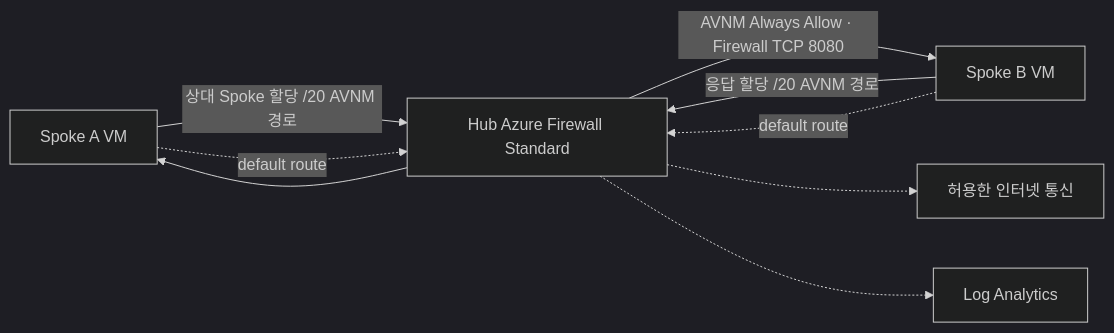
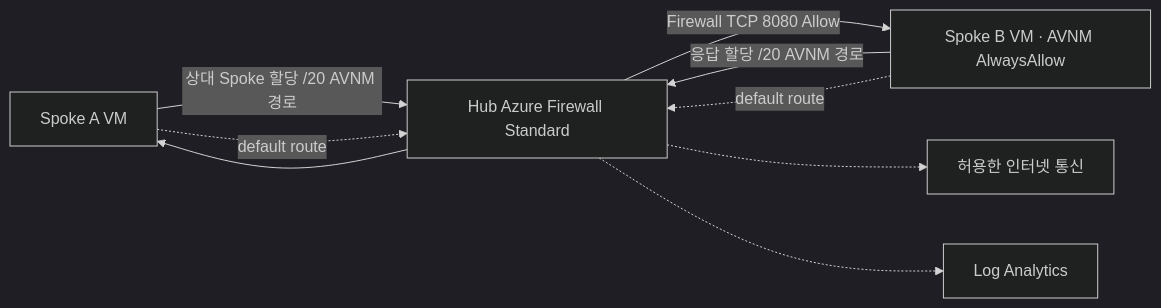
One commit to freeman9844/ms-landing-zone-02 changed the second of 2 diagrams in README.md. Above: the diagram before and after it, drawn with Mermaid (dark theme). The commit also changed other lines of this file and 1 other file, not shown here.

````diff
--- a/README.md
+++ b/README.md
@@ -77,11 +81,11 @@
 ```mermaid
 flowchart LR
   A["Spoke A VM"] -->|"상대 Spoke 할당 /20 AVNM 경로"| F["Hub Azure Firewall Standard"]
-  F -->|"AVNM Always Allow · Firewall TCP 8080"| B["Spoke B VM"]
+  F -->|"Firewall TCP 8080 Allow"| B["Spoke B VM · AVNM AlwaysAllow"]
   B -->|"응답 할당 /20 AVNM 경로"| F
   F --> A
   A -.->|"default route"| F
   B -.->|"default route"| F
   F -.-> I["허용한 인터넷 통신"]
   F -.-> L["Log Analytics"]
 ```
````
